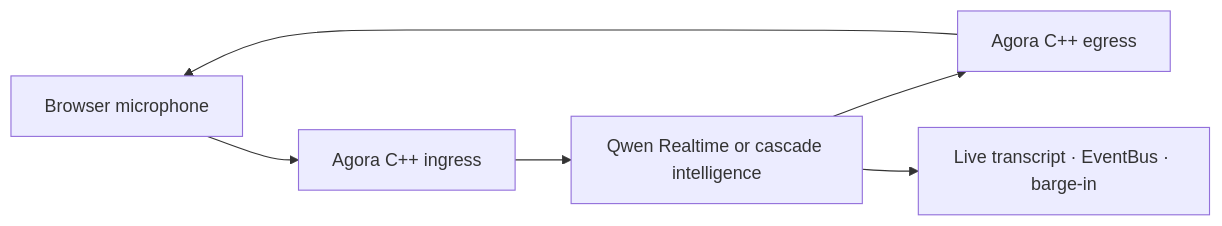
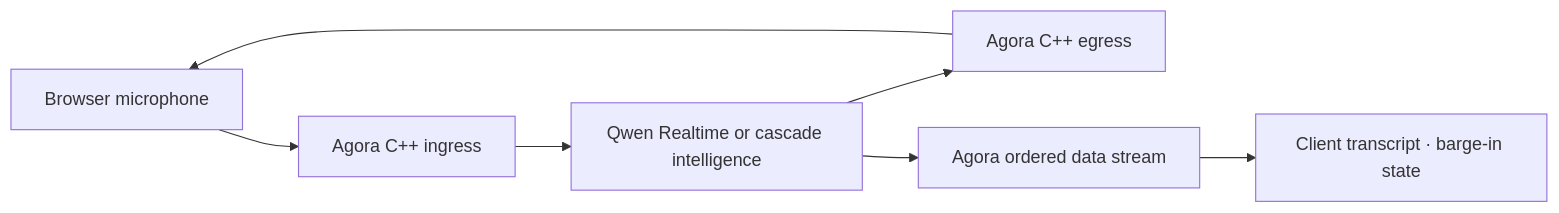
The diagram in docs/site/en/index.md (PiyotaHu/Voxa), drawn with Mermaid before and after one commit. The commit also changed 67 other files, not shown here.

````diff
--- a/docs/site/en/index.md
+++ b/docs/site/en/index.md
@@ -22,8 +22,9 @@
 ```mermaid
 flowchart LR
     WEB["Browser microphone"] --> AGORA_IN["Agora C++ ingress"]
     AGORA_IN --> QWEN["Qwen Realtime or cascade intelligence"]
     QWEN --> AGORA_OUT["Agora C++ egress"]
     AGORA_OUT --> WEB
-    QWEN --> LIVE["Live transcript · EventBus · barge-in"]
+    QWEN --> DATA["Agora ordered data stream"]
+    DATA --> LIVE["Client transcript · barge-in state"]
 ```
````
